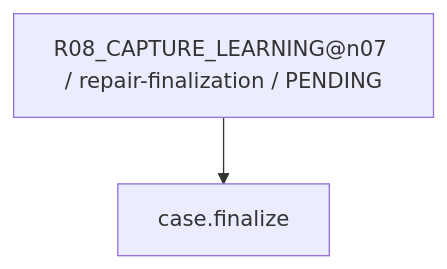
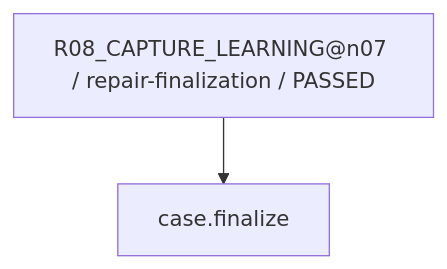
Before and after one commit to rrikunagasige-dot/kyotsu-step-web: diagram 13 of 14 in work/items/W-MATH-032-n07-semantic-repair/generated/CAPABILITY_FIRE_DIAGRAM.md, drawn with Mermaid. The commit also changed other lines of this file and 330 other files, not shown here.

````diff
--- a/work/items/W-MATH-032-n07-semantic-repair/generated/CAPABILITY_FIRE_DIAGRAM.md
+++ b/work/items/W-MATH-032-n07-semantic-repair/generated/CAPABILITY_FIRE_DIAGRAM.md
@@ -193,6 +193,6 @@
 ```mermaid
 flowchart TD
-  N0["R08_CAPTURE_LEARNING@n07 / repair-finalization / PENDING"]
+  N0["R08_CAPTURE_LEARNING@n07 / repair-finalization / PASSED"]
   N1["case.finalize"]
   N0 --> N1
 ```
````
